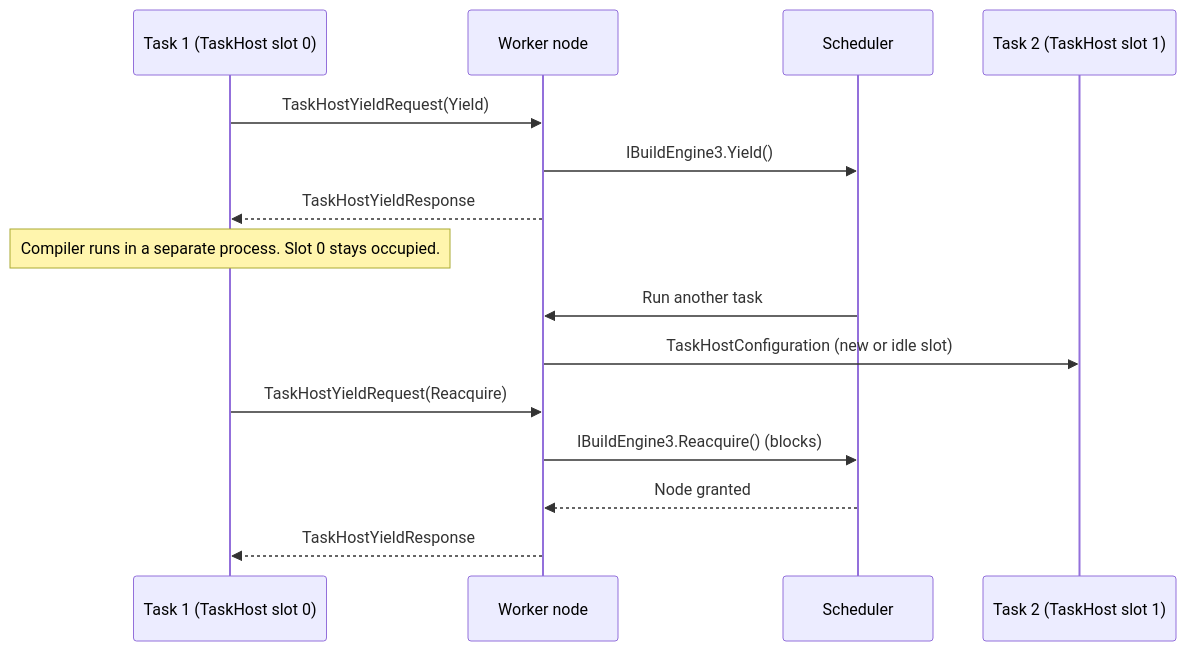
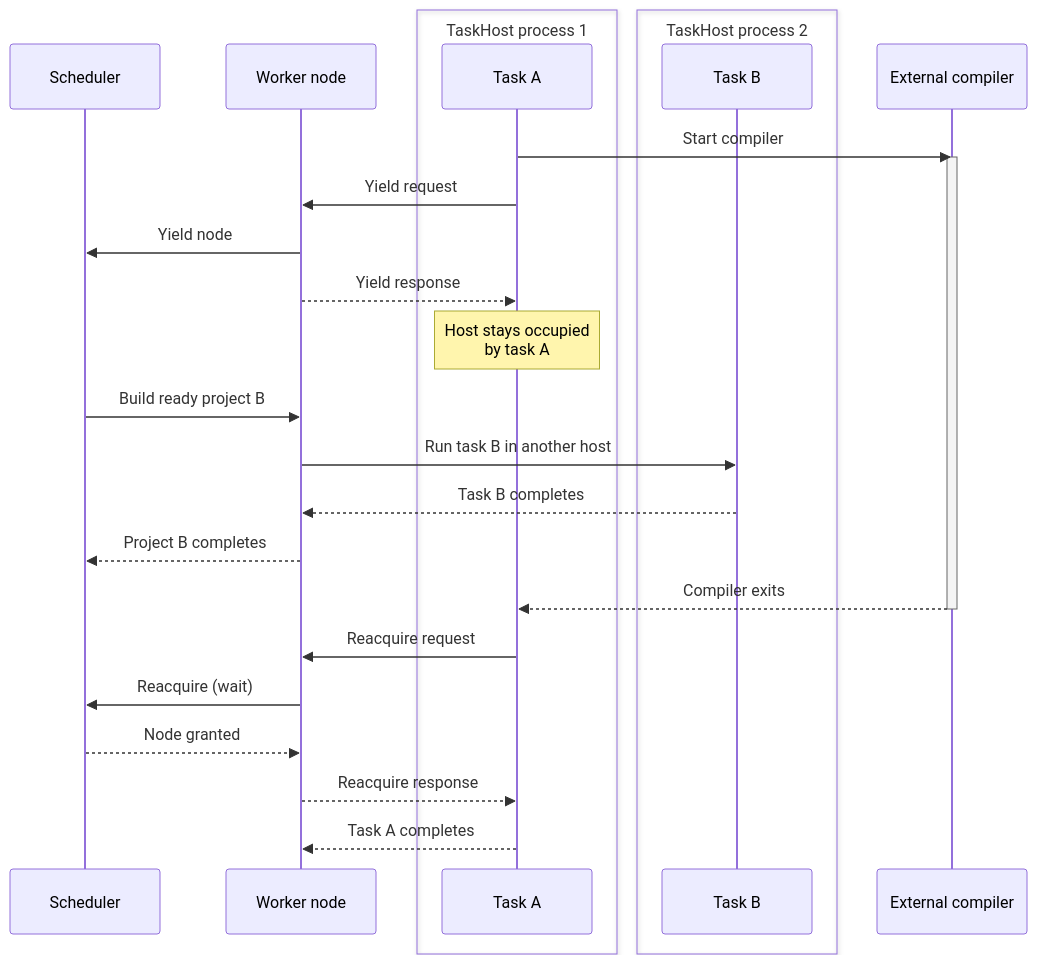
One commit to dotnet/msbuild changed the third of 4 diagrams in documentation/specs/multithreading/taskhost-yield.md. Above: the diagram before and after it, drawn with Mermaid. The commit also changed other lines of this file, not shown here.

Commit message:
Explain TaskHost yield problem and design decisions for reviewers

````diff
--- a/documentation/specs/multithreading/taskhost-yield.md
+++ b/documentation/specs/multithreading/taskhost-yield.md
@@ -75,18 +131,30 @@
 ```mermaid
 sequenceDiagram
-    participant T1 as Task 1 (TaskHost slot 0)
-    participant WN as Worker node
-    participant SC as Scheduler
-    participant T2 as Task 2 (TaskHost slot 1)
+    participant S as Scheduler
+    participant W as Worker node
+    box TaskHost process 1
+        participant A as Task A
+    end
+    box TaskHost process 2
+        participant B as Task B
+    end
+    participant C as External compiler
 
-    T1->>WN: TaskHostYieldRequest(Yield)
-    WN->>SC: IBuildEngine3.Yield()
-    WN-->>T1: TaskHostYieldResponse
-    Note over T1: Compiler runs in a separate process. Slot 0 stays occupied.
-    SC->>WN: Run another task
-    WN->>T2: TaskHostConfiguration (new or idle slot)
-    T1->>WN: TaskHostYieldRequest(Reacquire)
-    WN->>SC: IBuildEngine3.Reacquire() (blocks)
-    SC-->>WN: Node granted
-    WN-->>T1: TaskHostYieldResponse
+    A->>C: Start compiler
+    activate C
+    A->>W: Yield request
+    W->>S: Yield node
+    W-->>A: Yield response
+    Note over A: Host stays occupied<br/>by task A
+    S->>W: Build ready project B
+    W->>B: Run task B in another host
+    B-->>W: Task B completes
+    W-->>S: Project B completes
+    C-->>A: Compiler exits
+    deactivate C
+    A->>W: Reacquire request
+    W->>S: Reacquire (wait)
+    S-->>W: Node granted
+    W-->>A: Reacquire response
+    A-->>W: Task A completes
 ```
````
